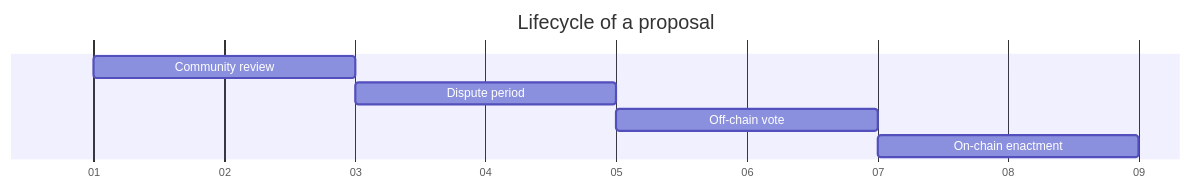
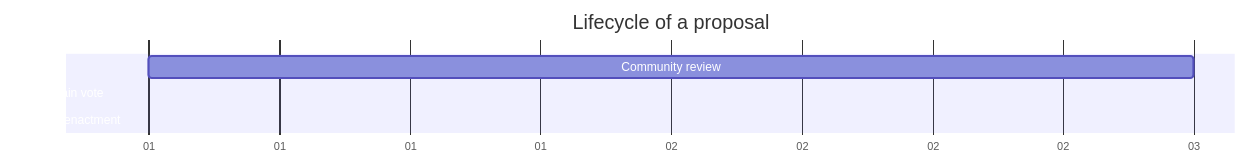
One commit to nation3/gov changed the second of 2 diagrams in GOVERNANCE.md. Above: the diagram before and after it, drawn with Mermaid. The commit also changed other lines of this file, not shown here.

Commit message:
Removing dispute period for now

````diff
--- a/GOVERNANCE.md
+++ b/GOVERNANCE.md
@@ -52,11 +48,10 @@
 ```mermaid
 gantt
 dateFormat YYYY-MM-DD
 axisFormat %d
 title Lifecycle of a proposal
 
 Community review: 1, 0000-01-01, 2d
-Dispute period: 2, after 1, 2d
 Off-chain vote: 3, after 2, 2d
 On-chain enactment: 4, after 3, 2d
 ```
````
